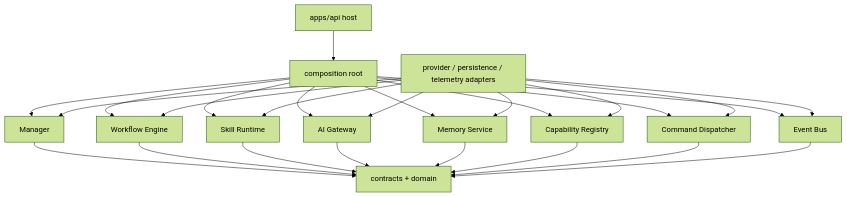
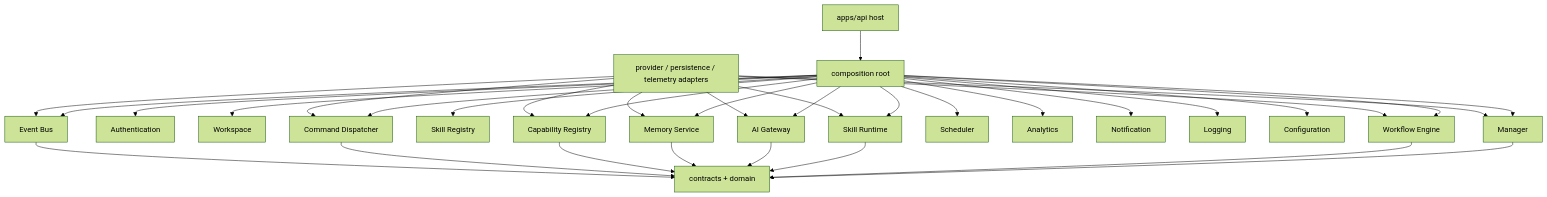
Before and after one commit to mayurbhavsar04/AIEOS: the first of 7 diagrams in docs/runtime-architecture/Runtime-Architecture-v1.0.md, drawn with Mermaid (forest theme). The commit also changed other lines of this file and 16 other files, not shown here.

Commit message:
docs: address runtime architecture review findings

````diff
--- a/docs/runtime-architecture/Runtime-Architecture-v1.0.md
+++ b/docs/runtime-architecture/Runtime-Architecture-v1.0.md
@@ -36,28 +36,36 @@
 ```mermaid
 flowchart TB
     HOST["apps/api host"] --> BOOT["composition root"]
     BOOT --> MGR["Manager"]
+    BOOT --> AUTH["Authentication"]
+    BOOT --> WS["Workspace"]
     BOOT --> WE["Workflow Engine"]
+    BOOT --> SKR["Skill Registry"]
     BOOT --> SR["Skill Runtime"]
     BOOT --> AI["AI Gateway"]
     BOOT --> MEM["Memory Service"]
     BOOT --> CR["Capability Registry"]
+    BOOT --> SCH["Scheduler"]
+    BOOT --> AN["Analytics"]
+    BOOT --> NOTIF["Notification"]
+    BOOT --> LOG["Logging"]
+    BOOT --> CFG["Configuration"]
     BOOT --> CD["Command Dispatcher"]
     BOOT --> EB["Event Bus"]
     MGR --> CONTRACTS["contracts + domain"]
     WE --> CONTRACTS
     SR --> CONTRACTS
     AI --> CONTRACTS
     MEM --> CONTRACTS
     CR --> CONTRACTS
     CD --> CONTRACTS
     EB --> CONTRACTS
     ADAPTERS["provider / persistence / telemetry adapters"] --> MGR
     ADAPTERS --> WE
     ADAPTERS --> SR
     ADAPTERS --> AI
     ADAPTERS --> MEM
     ADAPTERS --> CR
     ADAPTERS --> CD
     ADAPTERS --> EB
 ```
````
